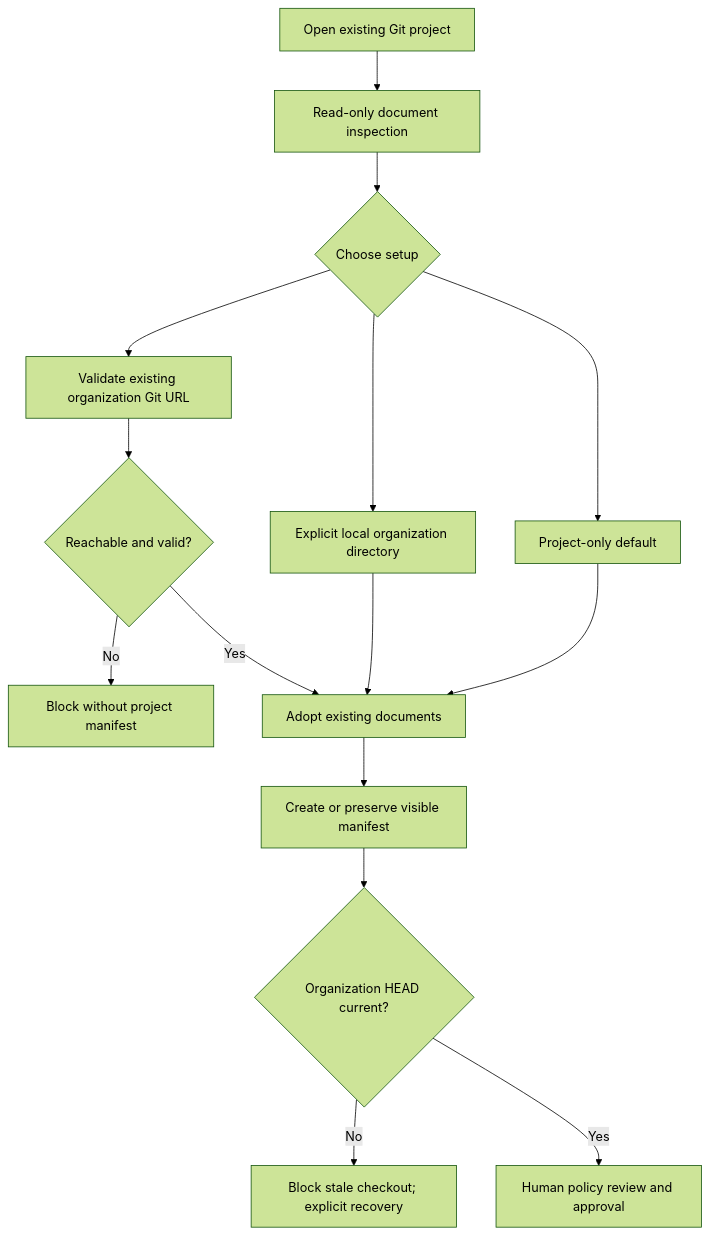
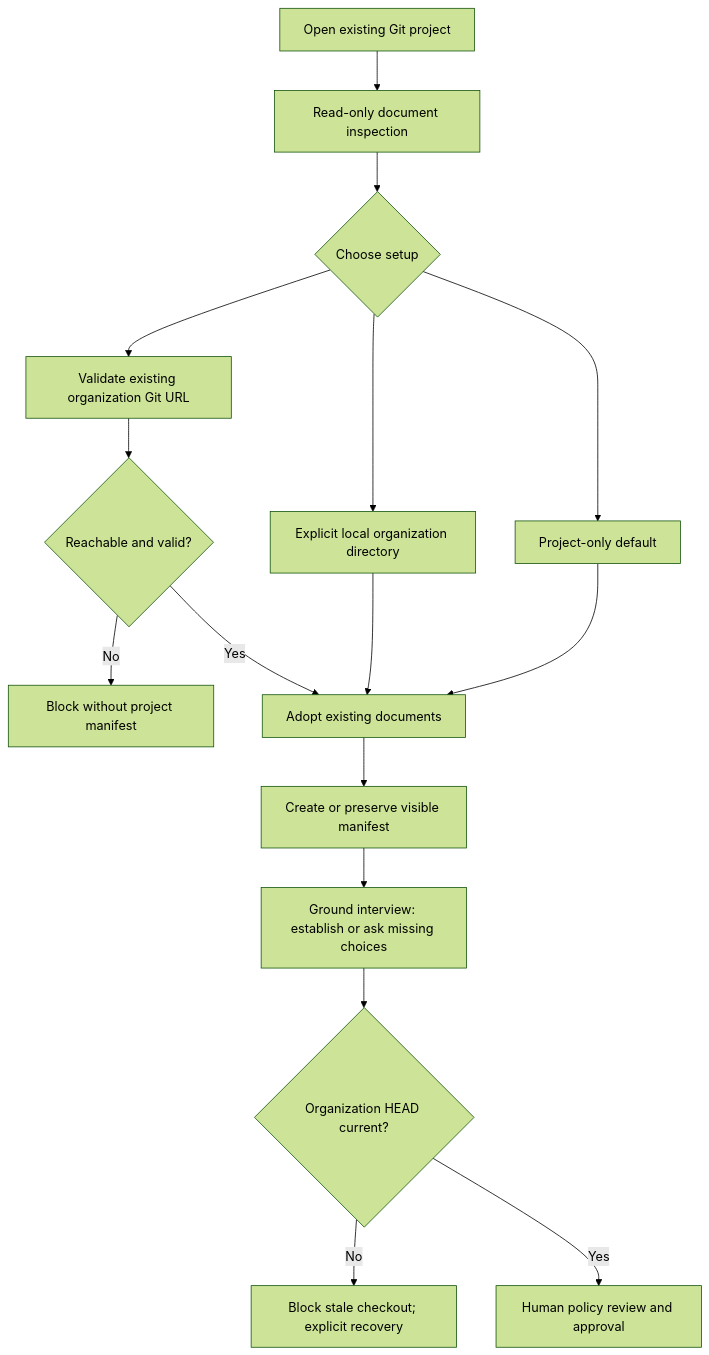
Before and after one commit to wgentil/devflow: the diagram in skills/workflow/GUIDE.md, drawn with Mermaid (forest theme). The commit also changed other lines of this file and 19 other files, not shown here.

Commit message:
Add first-use ground interview checkpoint

````diff
--- a/skills/workflow/GUIDE.md
+++ b/skills/workflow/GUIDE.md
@@ -295,17 +311,18 @@
 ```mermaid
 flowchart TD
     Open[Open existing Git project] --> Inspect[Read-only document inspection]
     Inspect --> Choice{Choose setup}
     Choice --> Project[Project-only default]
     Choice --> Attach[Validate existing organization Git URL]
     Choice --> Create[Explicit local organization directory]
     Attach --> Valid{Reachable and valid?}
     Valid -->|No| Block[Block without project manifest]
     Valid -->|Yes| Adopt[Adopt existing documents]
     Create --> Adopt
     Project --> Adopt
     Adopt --> Manifest[Create or preserve visible manifest]
-    Manifest --> Fresh{Organization HEAD current?}
+    Manifest --> Ground[Ground interview: establish or ask missing choices]
+    Ground --> Fresh{Organization HEAD current?}
     Fresh -->|No| Recover[Block stale checkout; explicit recovery]
     Fresh -->|Yes| Human[Human policy review and approval]
 ```
````
